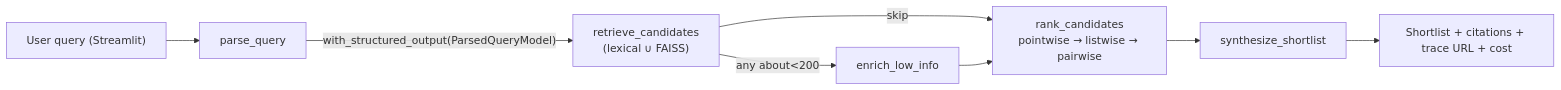
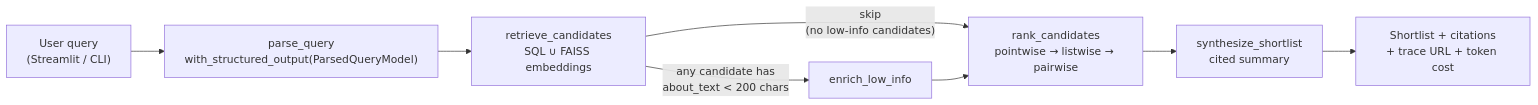
Before and after one commit to tafokints/langraph_ranker_sample: the diagram in README.md, drawn with Mermaid. The commit also changed other lines of this file and 3 other files, not shown here.

First line of the commit message:
Add architecture doc, Makefile, README top-of-file polish

````diff
--- a/README.md
+++ b/README.md
@@ -82,10 +46,10 @@
 ```mermaid
 flowchart LR
-    userQuery["User query (Streamlit)"] --> parseQuery[parse_query]
-    parseQuery -->|"with_structured_output(ParsedQueryModel)"| retrieveCandidates["retrieve_candidates<br/>(lexical ∪ FAISS)"]
-    retrieveCandidates -->|"any about<200"| enrichLowInfo[enrich_low_info]
-    retrieveCandidates -->|"skip"| rankCandidates["rank_candidates<br/>pointwise → listwise → pairwise"]
+    userQuery["User query<br/>(Streamlit / CLI)"] --> parseQuery["parse_query<br/>with_structured_output(ParsedQueryModel)"]
+    parseQuery --> retrieveCandidates["retrieve_candidates<br/>SQL ∪ FAISS embeddings"]
+    retrieveCandidates -->|"any candidate has<br/>about_text < 200 chars"| enrichLowInfo[enrich_low_info]
+    retrieveCandidates -->|"skip<br/>(no low-info candidates)"| rankCandidates["rank_candidates<br/>pointwise → listwise → pairwise"]
     enrichLowInfo --> rankCandidates
-    rankCandidates --> synthesizeShortlist[synthesize_shortlist]
-    synthesizeShortlist --> uiResult["Shortlist + citations + trace URL + cost"]
+    rankCandidates --> synthesizeShortlist["synthesize_shortlist<br/>cited summary"]
+    synthesizeShortlist --> uiResult["Shortlist + citations<br/>+ trace URL + token cost"]
 ```
````
